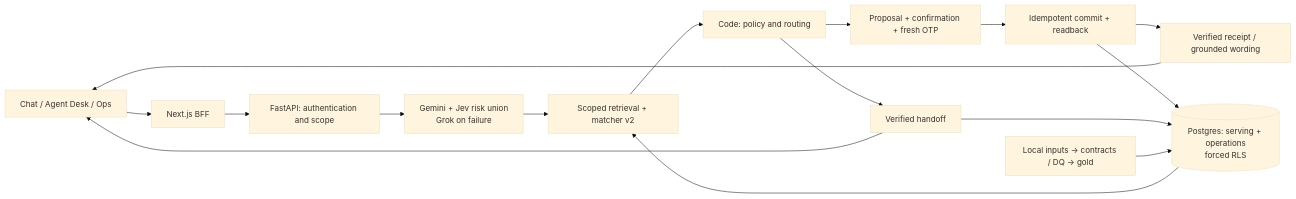
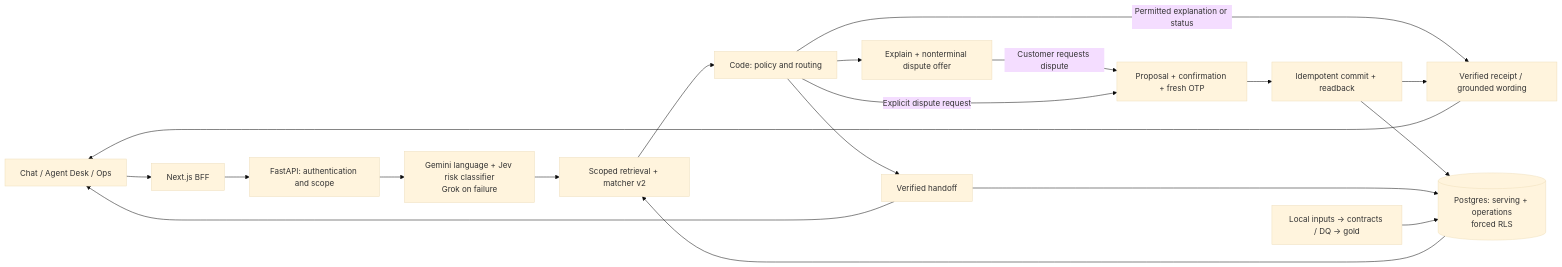
Before and after one commit to sebastian-gm/factored-hackathon-2026-sebastian: the diagram in README.md, drawn with Mermaid (base theme). The commit also changed other lines of this file and 9 other files, not shown here.

````diff
--- a/README.md
+++ b/README.md
@@ -30,18 +89,21 @@
 ```mermaid
 flowchart LR
   UI[Chat / Agent Desk / Ops] --> BFF[Next.js BFF]
   BFF --> API[FastAPI: authentication and scope]
-  API --> NLU[Gemini + Jev risk union\nGrok on failure]
+  API --> NLU[Gemini language + Jev risk classifier\nGrok on failure]
   NLU --> MATCH[Scoped retrieval + matcher v2]
   MATCH --> RULES[Code: policy and routing]
-  RULES --> CONFIRM[Proposal + confirmation + fresh OTP]
+  RULES --> OFFER[Explain + nonterminal dispute offer]
+  OFFER -->|Customer requests dispute| CONFIRM[Proposal + confirmation + fresh OTP]
+  RULES -->|Explicit dispute request| CONFIRM
+  RULES -->|Permitted explanation or status| REPLY
   CONFIRM --> WRITE[Idempotent commit + readback]
   WRITE --> REPLY[Verified receipt / grounded wording]
   RULES --> HUMAN[Verified handoff]
   REPLY --> UI
   HUMAN --> UI
   DB[(Postgres: serving + operations\nforced RLS)] --> MATCH
   WRITE --> DB
   HUMAN --> DB
   DATA[Local inputs → contracts / DQ → gold] --> DB
 ```
````
